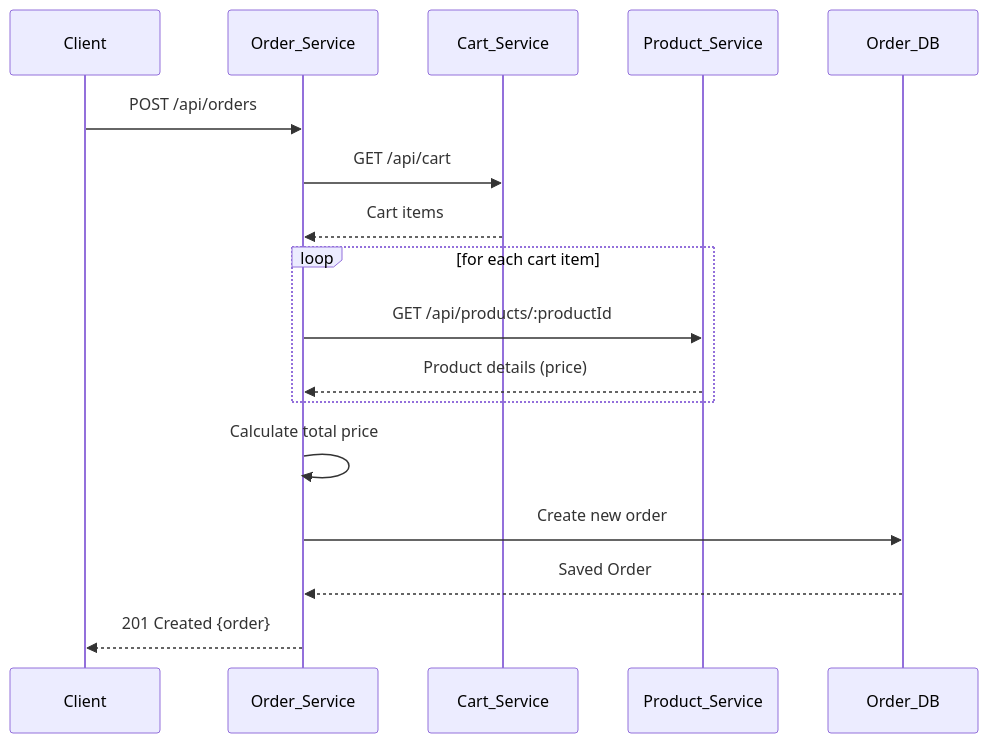
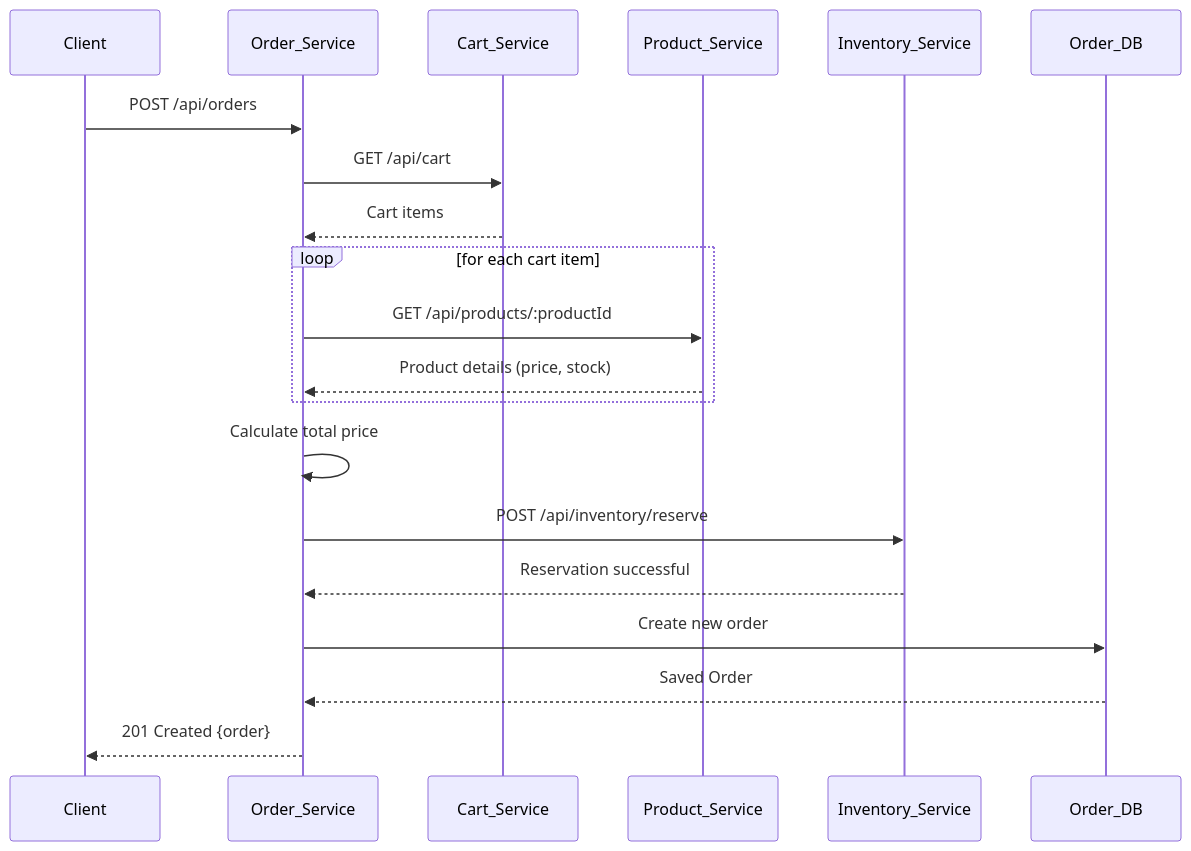
One commit to priyanshu-samal/microBazaar changed the fifth of 7 diagrams in README.md. Above: the diagram before and after it, drawn with Mermaid. The commit also changed other lines of this file, not shown here.

````diff
--- a/README.md
+++ b/README.md
@@ -175,20 +203,23 @@
 ```mermaid
 sequenceDiagram
     participant Client
     participant Order_Service
     participant Cart_Service
     participant Product_Service
+    participant Inventory_Service
     participant Order_DB
 
     Client->>Order_Service: POST /api/orders
     Order_Service->>Cart_Service: GET /api/cart
     Cart_Service-->>Order_Service: Cart items
     loop for each cart item
         Order_Service->>Product_Service: GET /api/products/:productId
-        Product_Service-->>Order_Service: Product details (price)
+        Product_Service-->>Order_Service: Product details (price, stock)
     end
     Order_Service->>Order_Service: Calculate total price
+    Order_Service->>Inventory_Service: POST /api/inventory/reserve
+    Inventory_Service-->>Order_Service: Reservation successful
     Order_Service->>Order_DB: Create new order
     Order_DB-->>Order_Service: Saved Order
     Order_Service-->>Client: 201 Created {order}
 ```
````
